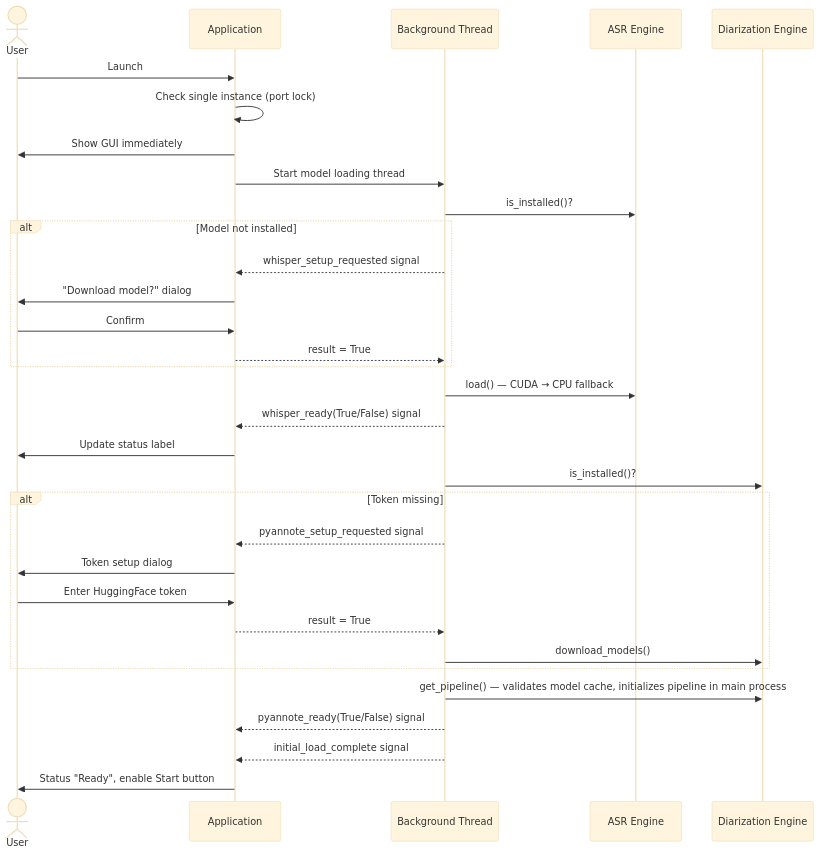
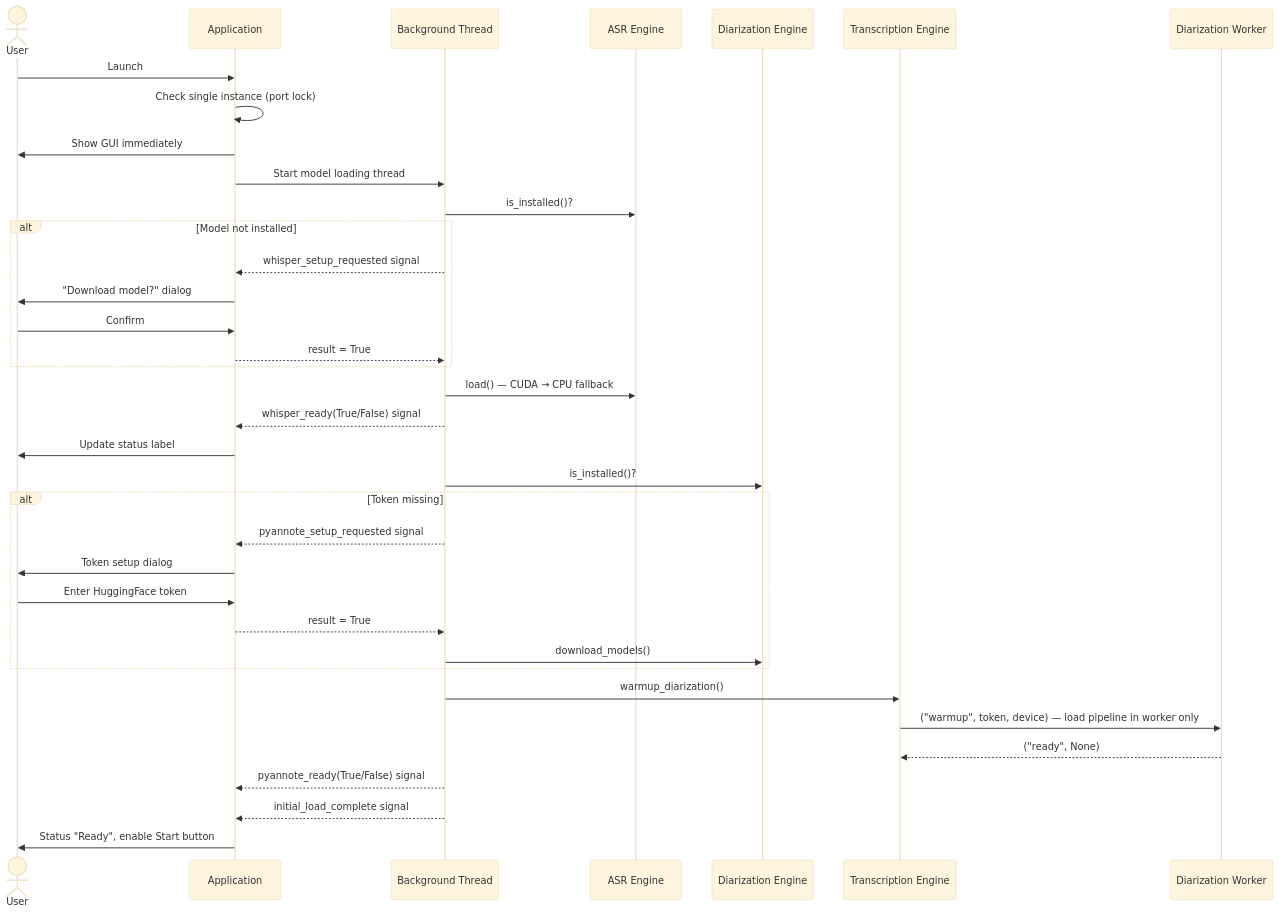
The second of 10 diagrams in docs/ARCHITECTURE.md (edoardomazzella/meeting-transcriber), drawn with Mermaid (base theme) before and after one commit. The commit also changed other lines of this file and 5 other files, not shown here.

````diff
--- a/docs/ARCHITECTURE.md
+++ b/docs/ARCHITECTURE.md
@@ -112,39 +112,43 @@
 ```mermaid
 sequenceDiagram
     actor User
     participant App as Application
     participant BG as Background Thread
     participant ASR as ASR Engine
     participant Dia as Diarization Engine
+    participant TE as Transcription Engine
+    participant Worker as Diarization Worker
 
     User->>App: Launch
     App->>App: Check single instance (port lock)
     App->>User: Show GUI immediately
     App->>BG: Start model loading thread
 
     BG->>ASR: is_installed()?
     alt Model not installed
         BG-->>App: whisper_setup_requested signal
         App->>User: "Download model?" dialog
         User->>App: Confirm
         App-->>BG: result = True
     end
 
     BG->>ASR: load() — CUDA → CPU fallback
     BG-->>App: whisper_ready(True/False) signal
     App->>User: Update status label
 
     BG->>Dia: is_installed()?
     alt Token missing
         BG-->>App: pyannote_setup_requested signal
         App->>User: Token setup dialog
         User->>App: Enter HuggingFace token
         App-->>BG: result = True
         BG->>Dia: download_models()
     end
 
-    BG->>Dia: get_pipeline() — validates model cache, initializes pipeline in main process
+    BG->>TE: warmup_diarization()
+    TE->>Worker: ("warmup", token, device) — load pipeline in worker only
+    Worker-->>TE: ("ready", None)
     BG-->>App: pyannote_ready(True/False) signal
     BG-->>App: initial_load_complete signal
     App->>User: Status "Ready", enable Start button
 ```
````
